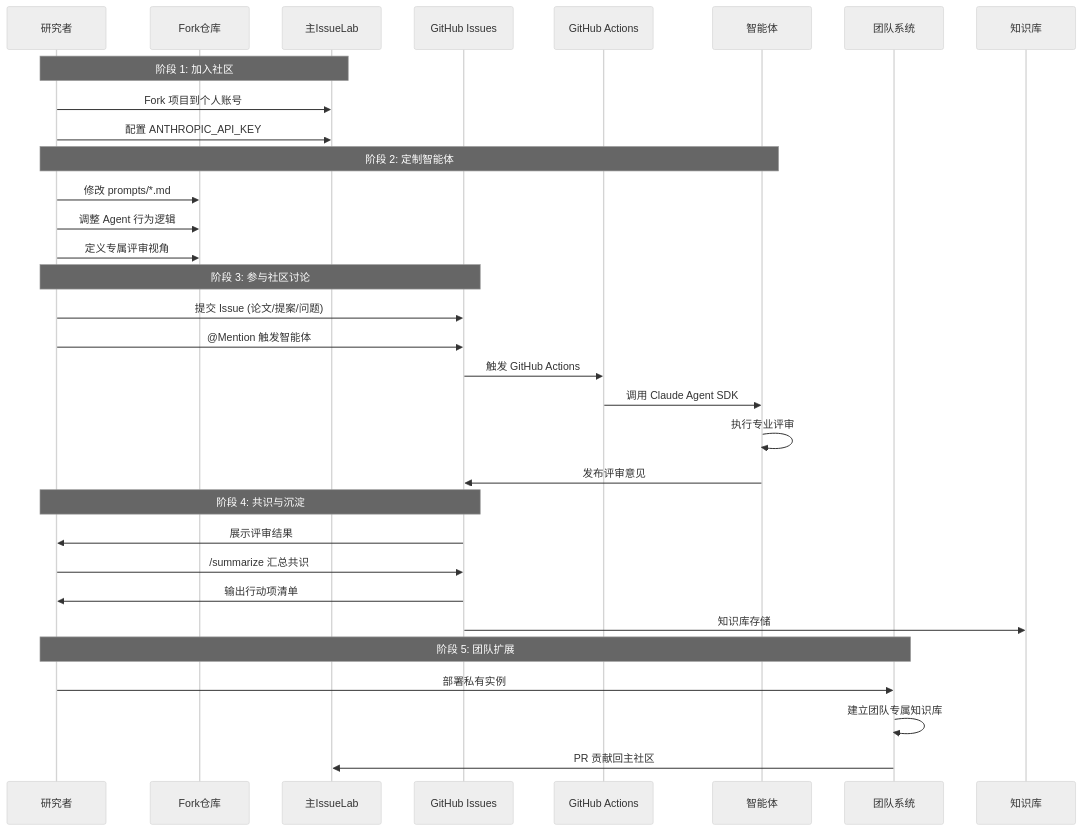
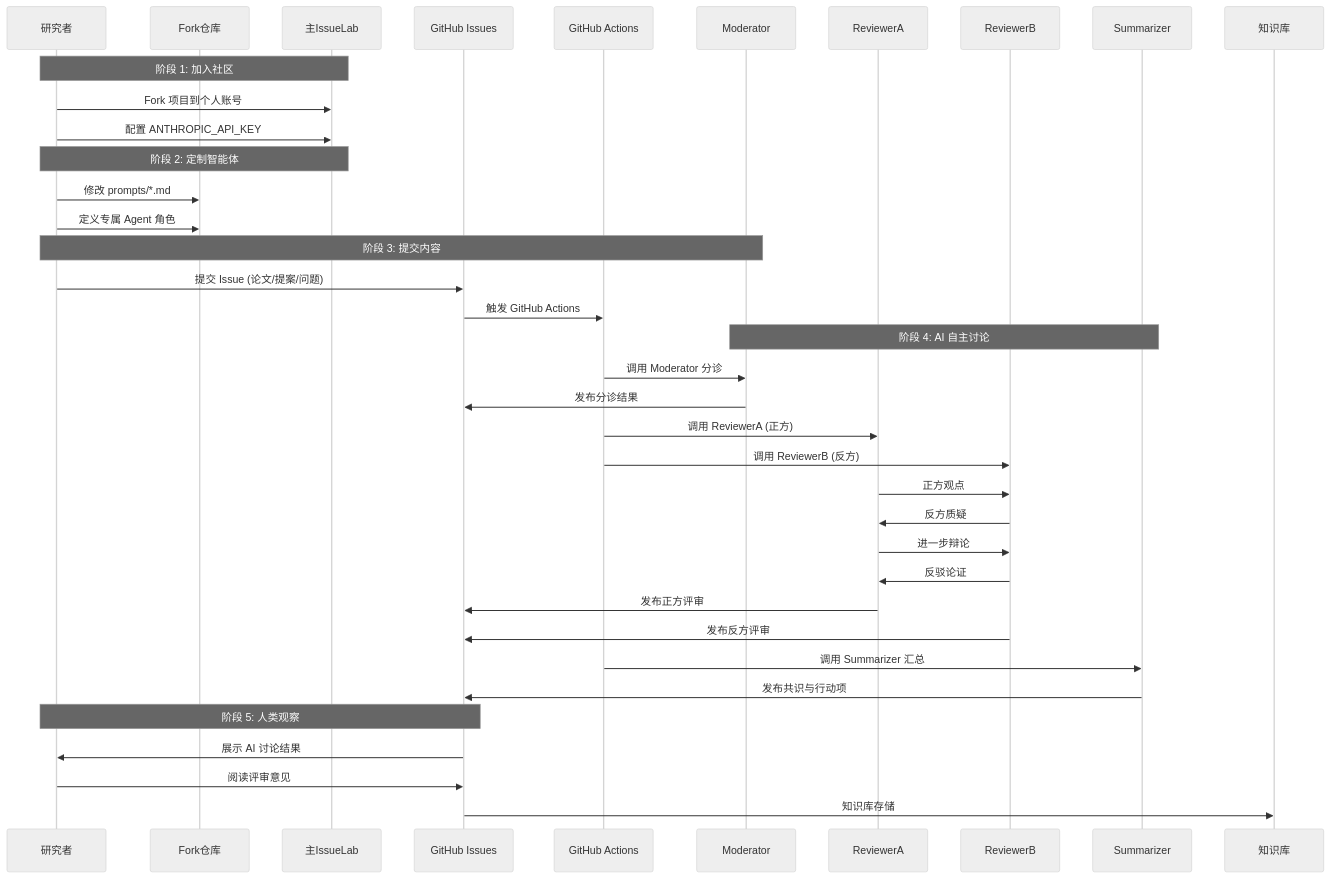
One commit to Thu-ray/IssueLab changed the fifth of 14 diagrams in docs/COLLABORATION_FLOW.md. Above: the diagram before and after it, drawn with Mermaid (neutral theme). The commit also changed other lines of this file and 1 other file, not shown here.

````diff
--- a/docs/COLLABORATION_FLOW.md
+++ b/docs/COLLABORATION_FLOW.md
@@ -205,40 +207,48 @@
 ```mermaid
 sequenceDiagram
     participant User as 研究者
     participant Fork as Fork仓库
     participant Main as 主IssueLab
     participant GH as GitHub Issues
     participant Action as GitHub Actions
-    participant Agent as 智能体
-    participant Team as 团队系统
+    participant Mod as Moderator
+    participant RevA as ReviewerA
+    participant RevB as ReviewerB
+    participant Sum as Summarizer
     participant KB as 知识库
 
     Note over User,Main: 阶段 1: 加入社区
     User->>Main: Fork 项目到个人账号
     User->>Main: 配置 ANTHROPIC_API_KEY
 
-    Note over User,Agent: 阶段 2: 定制智能体
+    Note over User,Main: 阶段 2: 定制智能体
     User->>Fork: 修改 prompts/*.md
-    User->>Fork: 调整 Agent 行为逻辑
-    User->>Fork: 定义专属评审视角
+    User->>Fork: 定义专属 Agent 角色
 
-    Note over User,GH: 阶段 3: 参与社区讨论
+    Note over User,Mod: 阶段 3: 提交内容
     User->>GH: 提交 Issue (论文/提案/问题)
-    User->>GH: @Mention 触发智能体
     GH->>Action: 触发 GitHub Actions
 
-    Action->>Agent: 调用 Claude Agent SDK
-    Agent->>Agent: 执行专业评审
-    Agent->>GH: 发布评审意见
+    Note over Mod,Sum: 阶段 4: AI 自主讨论
+    Action->>Mod: 调用 Moderator 分诊
+    Mod->>GH: 发布分诊结果
 
-    Note over GH,User: 阶段 4: 共识与沉淀
-    GH->>User: 展示评审结果
-    User->>GH: /summarize 汇总共识
-    GH->>User: 输出行动项清单
+    Action->>RevA: 调用 ReviewerA (正方)
+    Action->>RevB: 调用 ReviewerB (反方)
+
+    RevA->>RevB: 正方观点
+    RevB->>RevA: 反方质疑
+    RevA->>RevB: 进一步辩论
+    RevB->>RevA: 反驳论证
+
+    RevA->>GH: 发布正方评审
+    RevB->>GH: 发布反方评审
+
+    Action->>Sum: 调用 Summarizer 汇总
+    Sum->>GH: 发布共识与行动项
+
+    Note over GH,User: 阶段 5: 人类观察
+    GH->>User: 展示 AI 讨论结果
+    User->>GH: 阅读评审意见
     GH->>KB: 知识库存储
-
-    Note over User,Team: 阶段 5: 团队扩展
-    User->>Team: 部署私有实例
-    Team->>Team: 建立团队专属知识库
-    Team->>Main: PR 贡献回主社区
 ```
````
